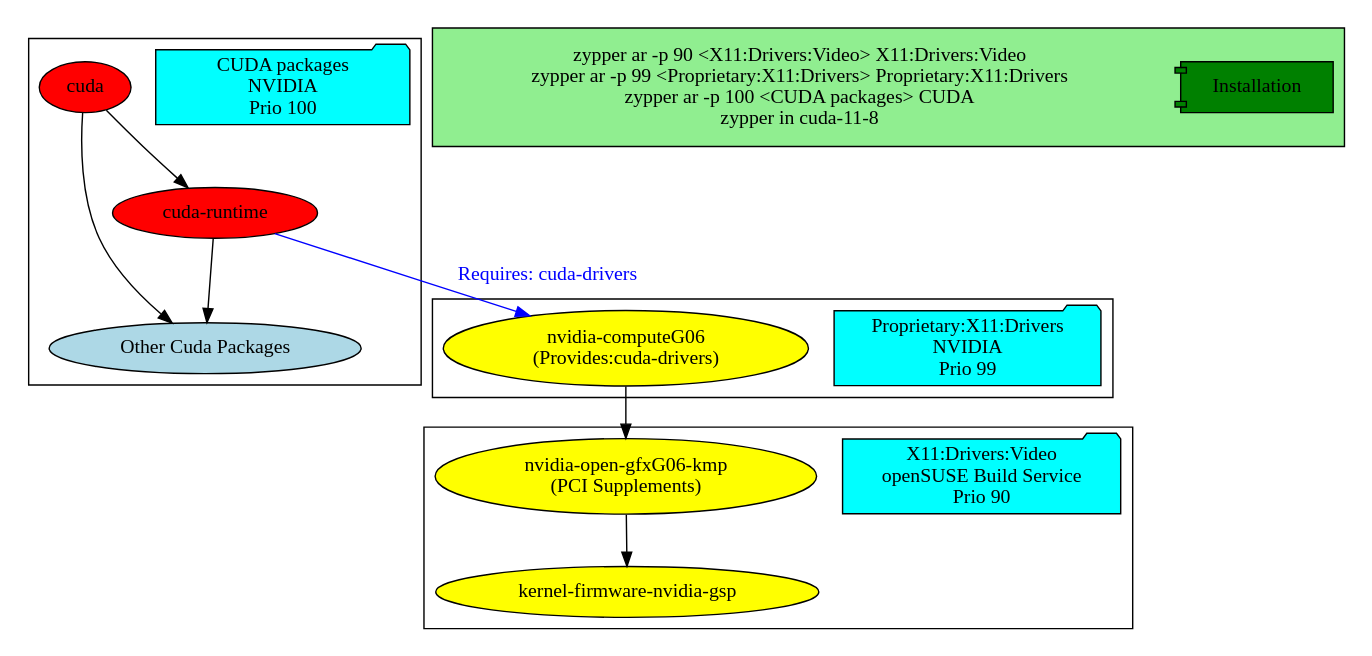
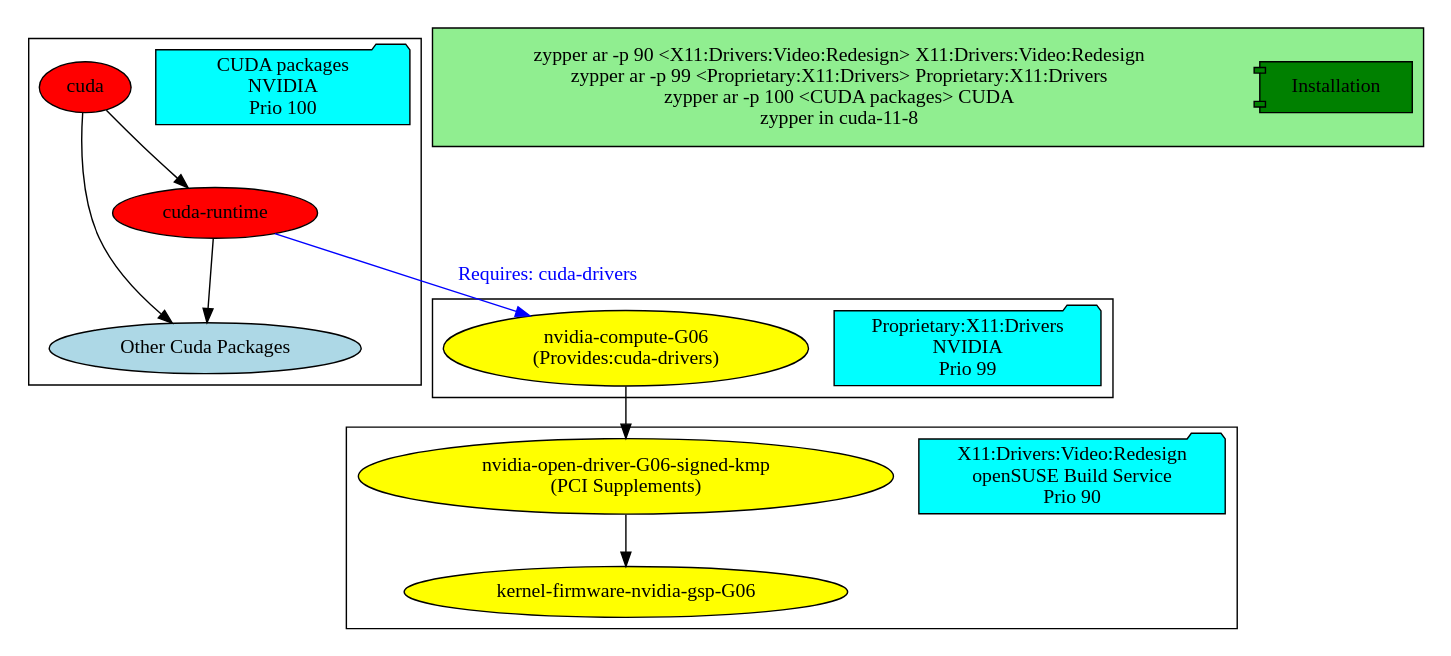
One commit to sndirsch/sndirsch.github.io changed the diagram in assets/src/2022-06-07-nvidia-opengpu/repos.dot. Above: the diagram before and after it, drawn with Graphviz. The commit also changed 4 other files, not shown here.

```diff
--- a/assets/src/2022-06-07-nvidia-opengpu/repos.dot
+++ b/assets/src/2022-06-07-nvidia-opengpu/repos.dot
@@ -1,28 +1,28 @@
 digraph {
 	subgraph cluster_0 {
 		repo_nvidia_cuda[fillcolor=aqua,style=filled,width=2.5,shape=folder,label="CUDA packages\nNVIDIA\n Prio 100"]
 		cuda [fillcolor=red,style=filled] 
 		cuda_runtime [fillcolor=red,style=filled,label="cuda-runtime"]
 		cuda_other_packages[fillcolor=lightblue,style=filled,label="Other Cuda Packages"]
 	}
 	subgraph cluster_1 {
 		repo_nvidia_gfx[fillcolor=aqua,style=filled,width=2.5,shape=folder,label="Proprietary:X11:Drivers\nNVIDIA\n Prio 99"]
-		nvidia_computeG06[fillcolor=yellow,style=filled,label="nvidia-computeG06\n(Provides:cuda-drivers)"]
+		nvidia_compute_G06[fillcolor=yellow,style=filled,label="nvidia-compute-G06\n(Provides:cuda-drivers)"]
 	}
 	subgraph cluster_2 {
-		repo_obs[fillcolor=aqua,style=filled,width=2.5,shape=folder,label="X11:Drivers:Video\n openSUSE Build Service\n Prio 90"]
-		nvidia_open_gfxG06_kmp[fillcolor=yellow,style=filled,label="nvidia-open-gfxG06-kmp\n(PCI Supplements)"]
-		kernel_firmware_nvidia_gsp[fillcolor=yellow,style=filled,label="kernel-firmware-nvidia-gsp"]
+		repo_obs[fillcolor=aqua,style=filled,width=2.5,shape=folder,label="X11:Drivers:Video:Redesign\n openSUSE Build Service\n Prio 90"]
+		nvidia_open_driver_G06_signed_kmp[fillcolor=yellow,style=filled,label="nvidia-open-driver-G06-signed-kmp\n(PCI Supplements)"]
+		kernel_firmware_nvidia_gsp_G06[fillcolor=yellow,style=filled,label="kernel-firmware-nvidia-gsp-G06"]
 	}
 	subgraph cluster_3 {
 		bgcolor="lightgreen"
 		repo_install[fillcolor=green,style=filled,width=1.5,shape=component,label="Installation"]
-		command1[shape=none,width=7,label="zypper ar -p 90 <X11:Drivers:Video> X11:Drivers:Video\nzypper ar -p 99 <Proprietary:X11:Drivers> Proprietary:X11:Drivers\nzypper ar -p 100 <CUDA packages> CUDA\nzypper in cuda-11-8"]
+		command1[shape=none,width=7,label="zypper ar -p 90 <X11:Drivers:Video:Redesign> X11:Drivers:Video:Redesign\nzypper ar -p 99 <Proprietary:X11:Drivers> Proprietary:X11:Drivers\nzypper ar -p 100 <CUDA packages> CUDA\nzypper in cuda-11-8"]
 	}
 	cuda -> cuda_runtime
 	cuda -> cuda_other_packages
-	cuda_runtime -> nvidia_computeG06 [color="blue",fontcolor="blue",label="Requires: cuda-drivers"]
+	cuda_runtime -> nvidia_compute_G06 [color="blue",fontcolor="blue",label="Requires: cuda-drivers"]
 	cuda_runtime -> cuda_other_packages
-        nvidia_computeG06 -> nvidia_open_gfxG06_kmp
-	nvidia_open_gfxG06_kmp -> kernel_firmware_nvidia_gsp
+        nvidia_compute_G06 -> nvidia_open_driver_G06_signed_kmp
+	nvidia_open_driver_G06_signed_kmp -> kernel_firmware_nvidia_gsp_G06
 }
```
